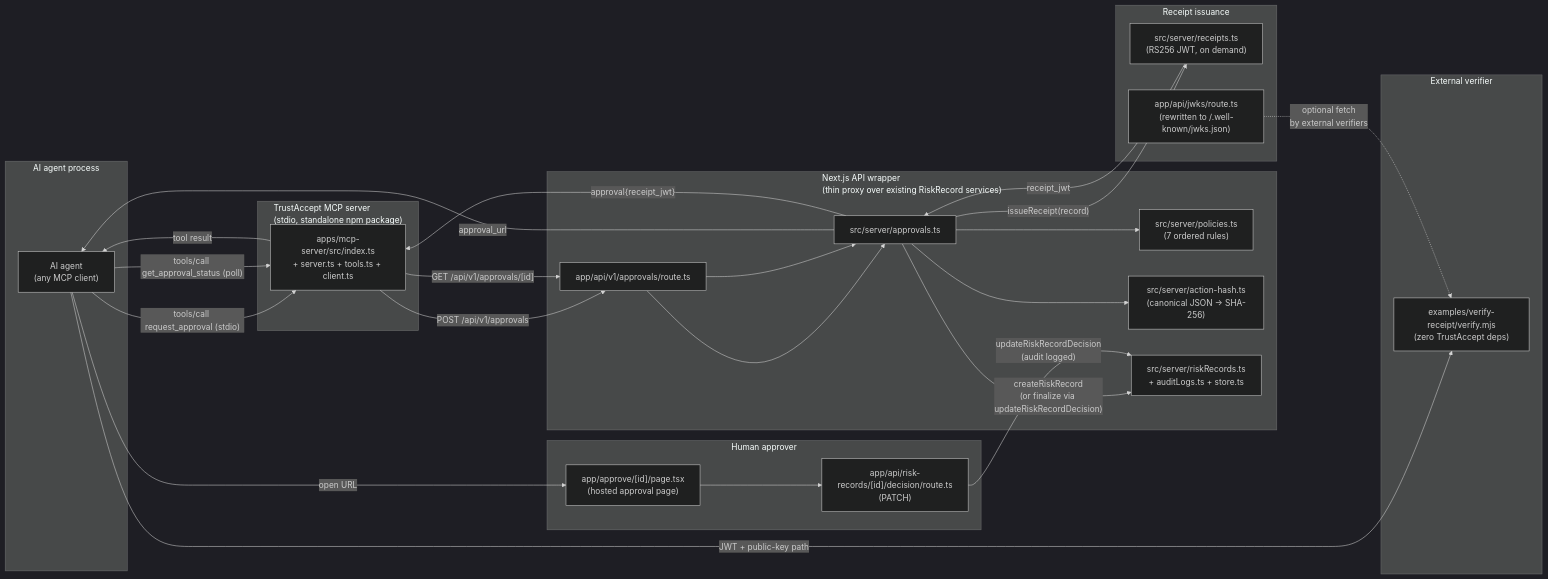
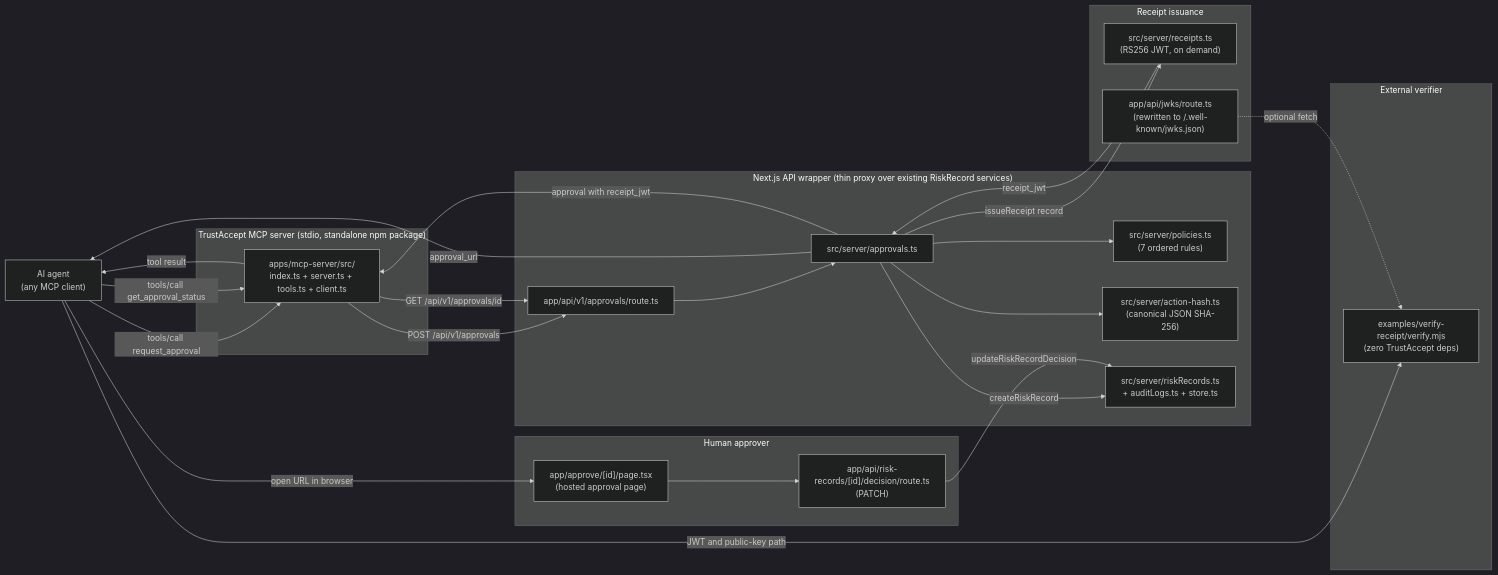
The first of 2 diagrams in examples/submission-assets/ARCHITECTURE.md (lumenstech/trustaccept), drawn with Mermaid (dark theme) before and after one commit. The commit also changed other lines of this file and 1 other file, not shown here.

First paragraph of the commit message:
Listing tile + improved architecture doc (sequence diagram, threat model)
Hour 3 of the IBM Agent Connect submission package.

````diff
--- a/examples/submission-assets/ARCHITECTURE.md
+++ b/examples/submission-assets/ARCHITECTURE.md
@@ -7,52 +7,49 @@
 ```mermaid
 flowchart LR
-    subgraph Agent["AI agent process"]
-        AGENT["AI agent<br/>(any MCP client)"]
+    AGENT["AI agent<br/>(any MCP client)"]
+
+    subgraph MCP ["TrustAccept MCP server (stdio, standalone npm package)"]
+        MCPSRV["apps/mcp-server/src/<br/>index.ts + server.ts + tools.ts + client.ts"]
     end
 
-    subgraph MCP["TrustAccept MCP server<br/>(stdio, standalone npm package)"]
-        MCPSRV["apps/mcp-server/src/index.ts<br/>+ server.ts + tools.ts + client.ts"]
-    end
-
-    subgraph Wrapper["Next.js API wrapper<br/>(thin proxy over existing RiskRecord services)"]
+    subgraph Wrapper ["Next.js API wrapper (thin proxy over existing RiskRecord services)"]
         ROUTE["app/api/v1/approvals/route.ts"]
         SVC["src/server/approvals.ts"]
         POLICY["src/server/policies.ts<br/>(7 ordered rules)"]
-        HASH["src/server/action-hash.ts<br/>(canonical JSON → SHA-256)"]
+        HASH["src/server/action-hash.ts<br/>(canonical JSON SHA-256)"]
         STORE["src/server/riskRecords.ts<br/>+ auditLogs.ts + store.ts"]
     end
 
-    subgraph Human["Human approver"]
+    subgraph Human ["Human approver"]
         PAGE["app/approve/[id]/page.tsx<br/>(hosted approval page)"]
         DECISION["app/api/risk-records/[id]/decision/route.ts<br/>(PATCH)"]
     end
 
-    subgraph Receipts["Receipt issuance"]
+    subgraph Receipts ["Receipt issuance"]
         RECEIPT["src/server/receipts.ts<br/>(RS256 JWT, on demand)"]
         JWKS["app/api/jwks/route.ts<br/>(rewritten to /.well-known/jwks.json)"]
     end
 
-    subgraph Verify["External verifier"]
-        VERIFY["examples/verify-receipt/verify.mjs<br/>(zero TrustAccept deps)"]
+    subgraph Verify ["External verifier"]
+        VERIFIER["examples/verify-receipt/verify.mjs<br/>(zero TrustAccept deps)"]
     end
 
-    AGENT -- "tools/call request_approval (stdio)" --> MCPSRV
-    MCPSRV -- "POST /api/v1/approvals" --> ROUTE
+    AGENT -->|tools/call request_approval| MCPSRV
+    MCPSRV -->|POST /api/v1/approvals| ROUTE
     ROUTE --> SVC
     SVC --> POLICY
     SVC --> HASH
-    SVC -- "createRiskRecord<br/>(or finalize via updateRiskRecordDecision)" --> STORE
-    SVC -- "approval_url" --> AGENT
-    AGENT -- "open URL" --> PAGE
+    SVC -->|createRiskRecord| STORE
+    SVC -->|approval_url| AGENT
+    AGENT -->|open URL in browser| PAGE
     PAGE --> DECISION
-    DECISION -- "updateRiskRecordDecision<br/>(audit logged)" --> STORE
-    AGENT -- "tools/call get_approval_status (poll)" --> MCPSRV
-    MCPSRV -- "GET /api/v1/approvals/[id]" --> ROUTE
-    ROUTE --> SVC
-    SVC -- "issueReceipt(record)" --> RECEIPT
-    RECEIPT -- "receipt_jwt" --> SVC
-    SVC -- "approval{receipt_jwt}" --> MCPSRV
-    MCPSRV -- "tool result" --> AGENT
-    AGENT -- "JWT + public-key path" --> VERIFY
-    JWKS -. "optional fetch<br/>by external verifiers" .-> VERIFY
+    DECISION -->|updateRiskRecordDecision| STORE
+    AGENT -->|tools/call get_approval_status| MCPSRV
+    MCPSRV -->|GET /api/v1/approvals/id| ROUTE
+    SVC -->|issueReceipt record| RECEIPT
+    RECEIPT -->|receipt_jwt| SVC
+    SVC -->|approval with receipt_jwt| MCPSRV
+    MCPSRV -->|tool result| AGENT
+    AGENT -->|JWT and public-key path| VERIFIER
+    JWKS -.->|optional fetch| VERIFIER
 ```
````
